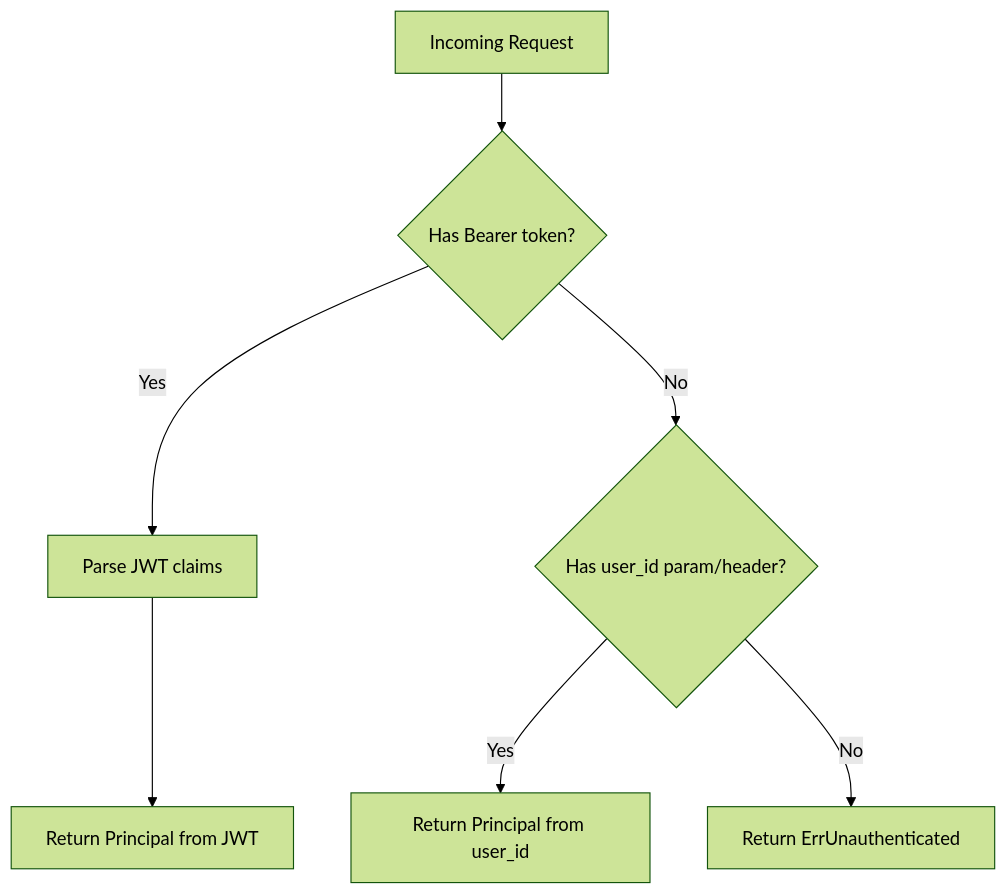
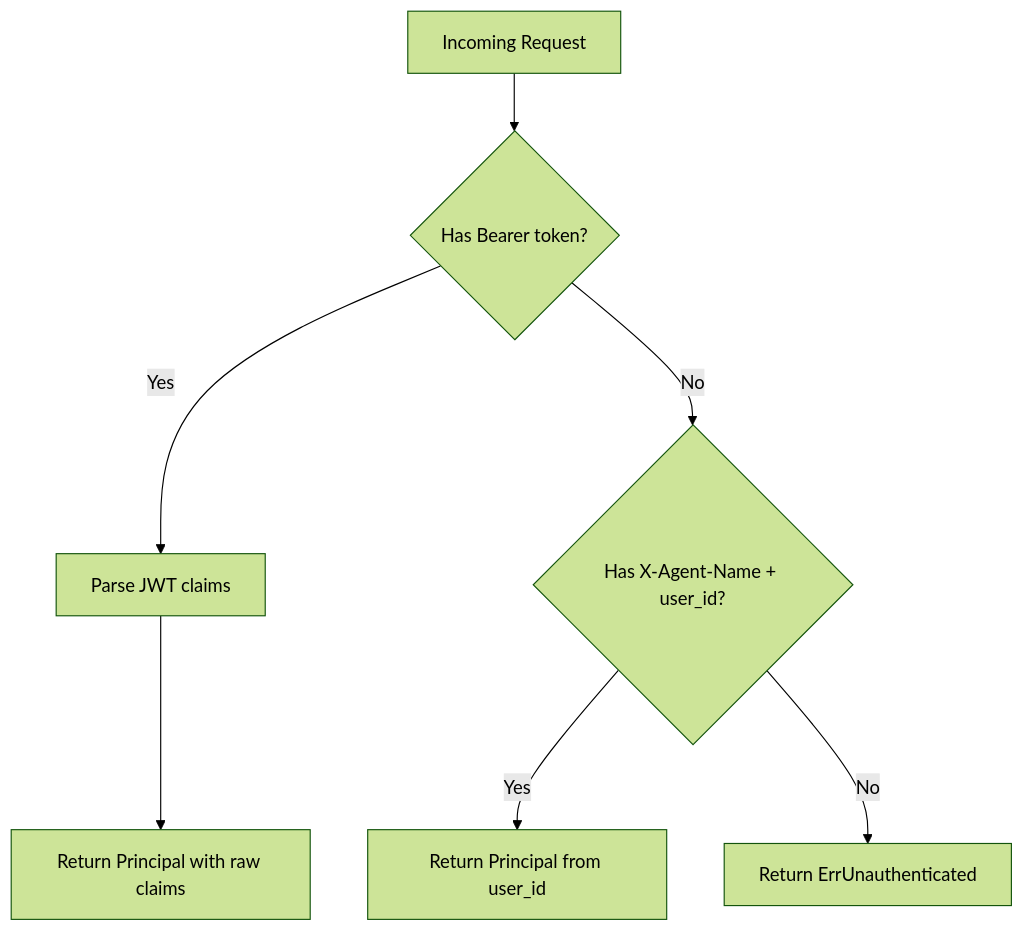
One commit to jholt96/kagent changed the fourth of 4 diagrams in docs/OIDC_PROXY_AUTH_ARCHITECTURE.md. Above: the diagram before and after it, drawn with Mermaid (forest theme). The commit also changed other lines of this file and 19 other files, not shown here.

````diff
--- a/docs/OIDC_PROXY_AUTH_ARCHITECTURE.md
+++ b/docs/OIDC_PROXY_AUTH_ARCHITECTURE.md
@@ -137,9 +145,9 @@
 ```mermaid
 flowchart TD
     A[Incoming Request] --> B{Has Bearer token?}
     B -->|Yes| C[Parse JWT claims]
-    C --> D[Return Principal from JWT]
-    B -->|No| E{Has user_id param/header?}
+    C --> D[Return Principal with raw claims]
+    B -->|No| E{Has X-Agent-Name + user_id?}
     E -->|Yes| F[Return Principal from user_id]
     E -->|No| G[Return ErrUnauthenticated]
 ```
````
